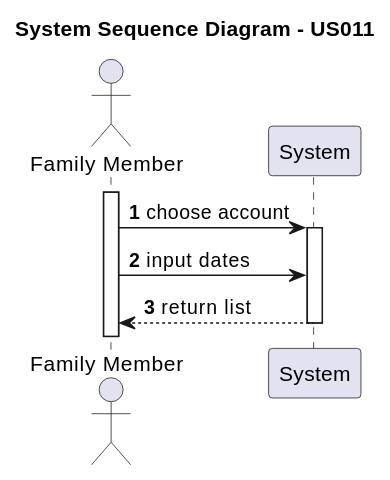
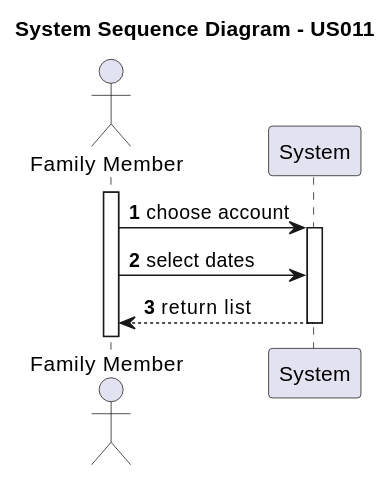
One commit to tomas-osswald/switch_2020_g3 changed the first of 4 diagrams in docs/sprint2/user_stories/US186_GetListOfMovementsBetweenDates.md. Above: the diagram before and after it, drawn with PlantUML. The commit also changed other lines of this file and 1 other file, not shown here.

````diff
--- a/docs/sprint2/user_stories/US186_GetListOfMovementsBetweenDates.md
+++ b/docs/sprint2/user_stories/US186_GetListOfMovementsBetweenDates.md
@@ -16,16 +16,16 @@
 ```puml
 autonumber
 title System Sequence Diagram - US011
 
 actor "Family Member" as member
 participant "System" as system
 
 activate member
 member -> system : choose account
 activate system
-member -> system : input dates
+member -> system : select dates
 
 system --> member : return list
 
 deactivate system
 ```
````
